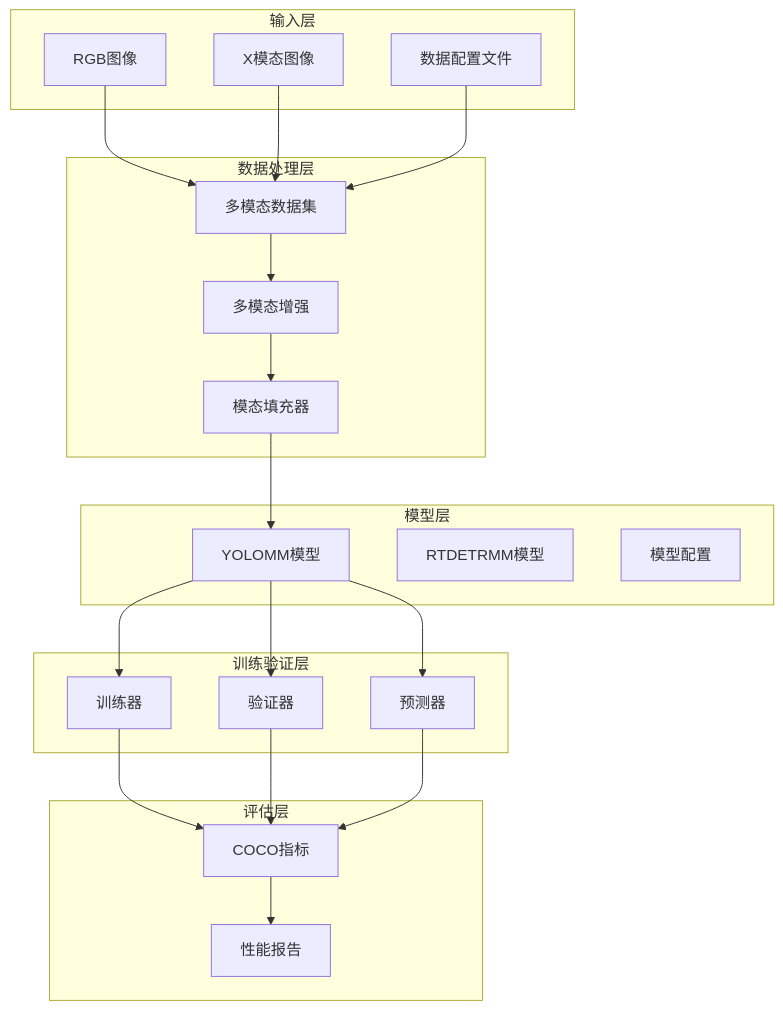
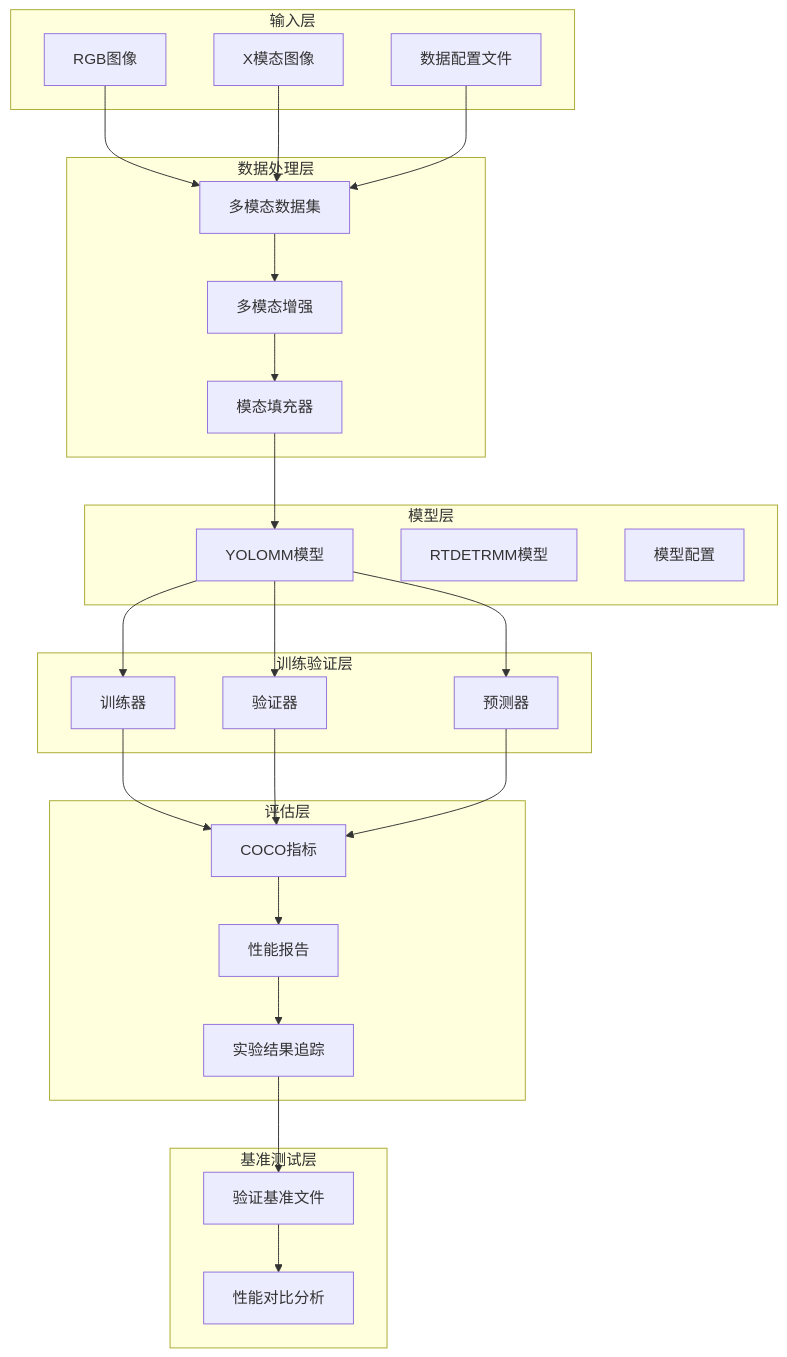
Before and after one commit to 2208754827/MM-IMPROVE: the fifth of 9 diagrams in .qoder/repowiki/zh/content/模型配置与管理/训练配置管理/多模态训练验证系统.md, drawn with Mermaid. The commit also changed other lines of this file and 1211 other files, not shown here.

````diff
--- a/.qoder/repowiki/zh/content/模型配置与管理/训练配置管理/多模态训练验证系统.md
+++ b/.qoder/repowiki/zh/content/模型配置与管理/训练配置管理/多模态训练验证系统.md
@@ -189,40 +219,48 @@
 ```mermaid
 graph TB
 subgraph "输入层"
 A[RGB图像]
 B[X模态图像]
 C[数据配置文件]
 end
 subgraph "数据处理层"
 D[多模态数据集]
 E[多模态增强]
 F[模态填充器]
 end
 subgraph "模型层"
 G[YOLOMM模型]
 H[RTDETRMM模型]
 I[模型配置]
 end
 subgraph "训练验证层"
 J[训练器]
 K[验证器]
 L[预测器]
 end
 subgraph "评估层"
 M[COCO指标]
 N[性能报告]
+O[实验结果追踪]
+end
+subgraph "基准测试层"
+P[验证基准文件]
+Q[性能对比分析]
 end
 A --> D
 B --> D
 C --> D
 D --> E
 E --> F
 F --> G
 G --> J
 G --> K
 G --> L
 J --> M
 K --> M
 L --> M
 M --> N
+N --> O
+O --> P
+P --> Q
 ```
````
